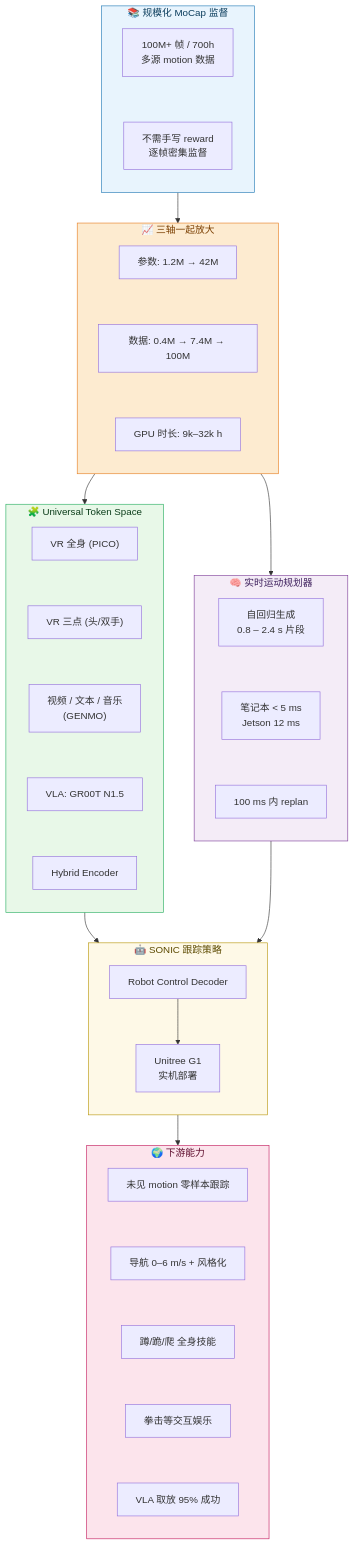
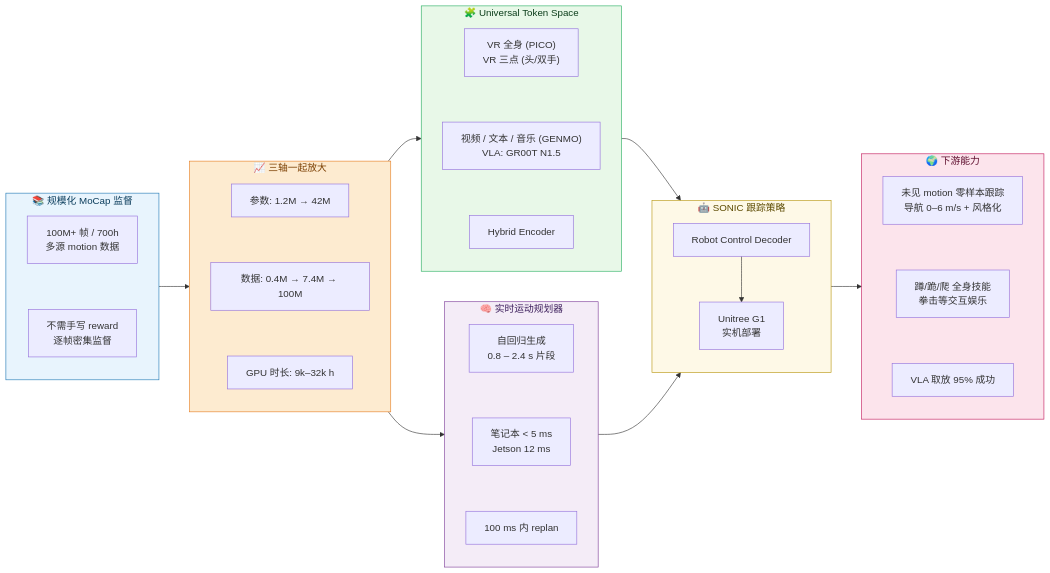
One commit to ImChong/Robot_Learning_Paper_Notebooks changed the first of 2 diagrams in papers/03_High_Impact_Selection/SONIC_Supersizing_Motion_Tracking_for_Natural_Humanoid_Control/SONIC_Supersizing_Motion_Tracking_for_Natural_Humanoid_Control.md. Above: the diagram before and after it, drawn with Mermaid.

Commit message:
style(SONIC): 整体框架图改成横向排布，纵向高度 2965px → 510px
原来的 `flowchart TB` 把 6 个 subgraph 竖着摞成一列，在 918px 正文宽度下
渲染出来是 677 × 2965，一屏根本看不全。

- `flowchart TB` → `flowchart LR`，subgraph 内部仍保持 `direction TB`，
  于是「数据 → 三轴放大 → token 空间 / 规划器 → 跟踪策略 → 下游能力」
  这条主链横着走，成了 5 列。
- 顺手把两个最长的 subgraph 收成 3 个节点（TOKEN 的 4 路输入并成 2 格、
  DEPLOY 的 5 项能力并成 3 格，都是用 `<br/>` 两项一格），**一条没删**；
  这样列高不再被它们拉满，整张图从 510px 又矮了一截。
- 去掉 `style="max-width:640px"`：`sanitize_paper_html.py` 本来就会把
  行内 style 洗掉，它从来没生效过，横版留着也只会把图压窄。仓库里既有的
  `flowchart LR` 图（GR00T N1 / HugWBC 等）也都不带这个行内样式。

验收：jekyll build + sanitize 后实测，1440px 视口下正文列宽 918px，该图
从 677 × 2965 变成 886 × 510；390px 移动端无横向溢出，点击放大的灯箱正常；
另一张「详细网络拓扑」图未改动（仍是 886 × 1357）。pytest 211 passed。

Claude-Session: https://claude.ai/code/session_01SvnTxESR4rf14SDmXrnnq6

```diff
--- a/papers/03_High_Impact_Selection/SONIC_Supersizing_Motion_Tracking_for_Natural_Humanoid_Control/SONIC_Supersizing_Motion_Tracking_for_Natural_Humanoid_Control.md
+++ b/papers/03_High_Impact_Selection/SONIC_Supersizing_Motion_Tracking_for_Natural_Humanoid_Control/SONIC_Supersizing_Motion_Tracking_for_Natural_Humanoid_Control.md
@@ -144,66 +144,62 @@
-<div class="mermaid" style="max-width:640px;margin:0 auto;">
-flowchart TB
+<div class="mermaid">
+flowchart LR
     subgraph DATA["📚 规模化 MoCap 监督"]
         direction TB
         D1["100M+ 帧 / 700h<br/>多源 motion 数据"]
         D2["不需手写 reward<br/>逐帧密集监督"]
         D1 ~~~ D2
     end
 
     subgraph SCALE["📈 三轴一起放大"]
         direction TB
         S1["参数: 1.2M → 42M"]
         S2["数据: 0.4M → 7.4M → 100M"]
         S3["GPU 时长: 9k–32k h"]
         S1 ~~~ S2 ~~~ S3
     end
 
     subgraph TOKEN["🧩 Universal Token Space"]
         direction TB
-        T1["VR 全身 (PICO)"]
-        T2["VR 三点 (头/双手)"]
-        T3["视频 / 文本 / 音乐<br/>(GENMO)"]
-        T4["VLA: GR00T N1.5"]
+        T1["VR 全身 (PICO)<br/>VR 三点 (头/双手)"]
+        T2["视频 / 文本 / 音乐 (GENMO)<br/>VLA: GR00T N1.5"]
         ENC["Hybrid Encoder"]
-        T1 ~~~ T2 ~~~ T3 ~~~ T4 ~~~ ENC
+        T1 ~~~ T2 ~~~ ENC
     end
 
     subgraph PLAN["🧠 实时运动规划器"]
         direction TB
         P1["自回归生成<br/>0.8 – 2.4 s 片段"]
         P2["笔记本 < 5 ms<br/>Jetson 12 ms"]
         P3["100 ms 内 replan"]
         P1 ~~~ P2 ~~~ P3
     end
 
     subgraph POLICY["🤖 SONIC 跟踪策略"]
         direction TB
         R1["Robot Control Decoder"]
         R2["Unitree G1<br/>实机部署"]
         R1 --> R2
     end
 
     subgraph DEPLOY["🌍 下游能力"]
         direction TB
-        E1["未见 motion 零样本跟踪"]
-        E2["导航 0–6 m/s + 风格化"]
-        E3["蹲/跪/爬 全身技能"]
-        E4["拳击等交互娱乐"]
-        E5["VLA 取放 95% 成功"]
-        E1 ~~~ E2 ~~~ E3 ~~~ E4 ~~~ E5
+        E1["未见 motion 零样本跟踪<br/>导航 0–6 m/s + 风格化"]
+        E2["蹲/跪/爬 全身技能<br/>拳击等交互娱乐"]
+        E3["VLA 取放 95% 成功"]
+        E1 ~~~ E2 ~~~ E3
     end
 
     DATA --> SCALE
     SCALE --> TOKEN
     SCALE --> PLAN
     TOKEN --> POLICY
     PLAN --> POLICY
     POLICY --> DEPLOY
 
     style DATA fill:#e8f4fd,stroke:#1f78b4,color:#0b3d5c
     style SCALE fill:#fdebd0,stroke:#e67e22,color:#7a3e00
     style TOKEN fill:#e8f8e8,stroke:#27ae60,color:#0b3d1a
     style PLAN fill:#f4ecf7,stroke:#7d3c98,color:#3d1f5c
     style POLICY fill:#fef9e7,stroke:#b7950b,color:#5c4a00
     style DEPLOY fill:#fce4ec,stroke:#c2185b,color:#5c0b2b
 </div>
```
